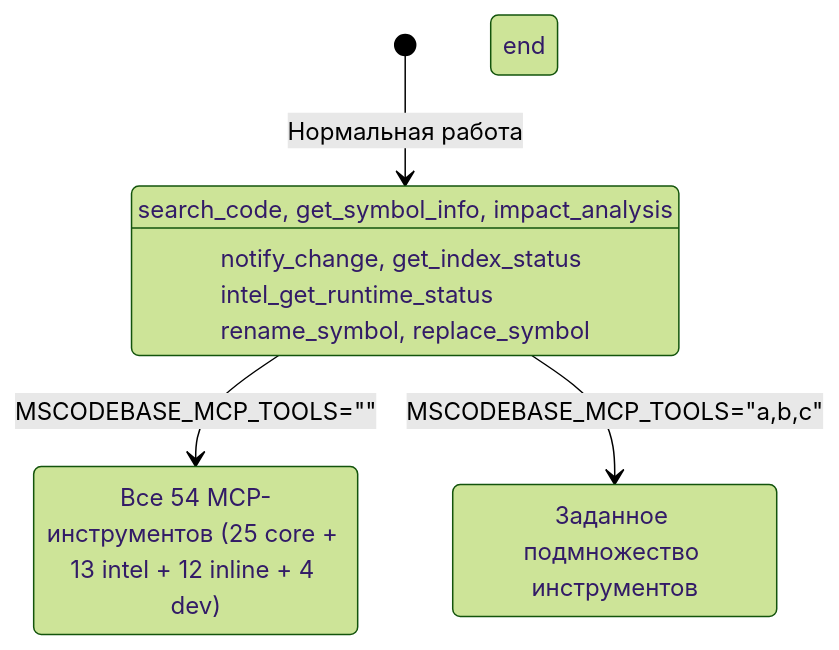
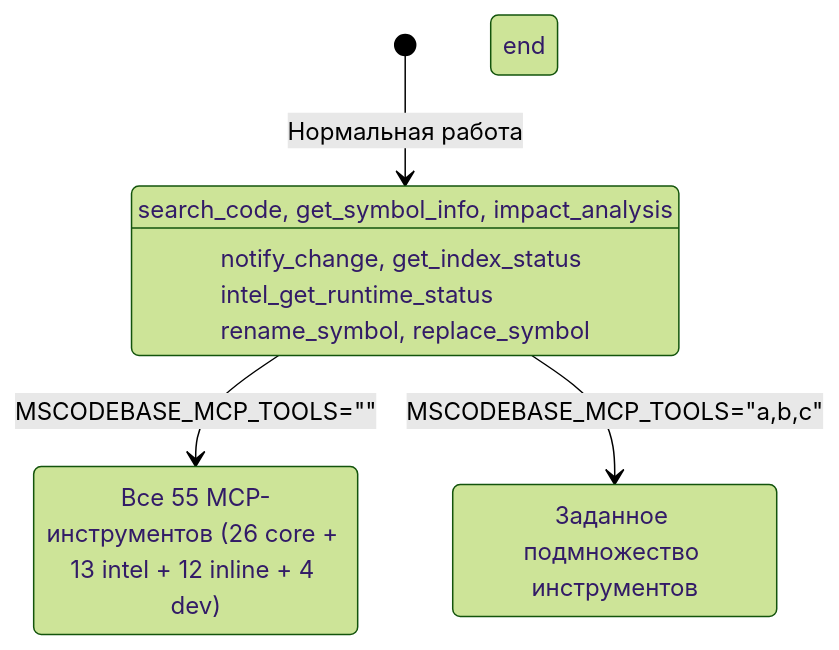
Before and after one commit to ManSio/mscodebase-intelligence: the third of 4 diagrams in docs/ru/GRACEFUL_DEGRADATION.md, drawn with Mermaid (forest theme). The commit also changed 33 other files, not shown here.

````diff
--- a/docs/ru/GRACEFUL_DEGRADATION.md
+++ b/docs/ru/GRACEFUL_DEGRADATION.md
@@ -84,22 +84,22 @@
 ```mermaid
 stateDiagram-v2
     [*] --> DEFAULT_TOOLS: Нормальная работа
 
     state DEFAULT_TOOLS[Видимо: 12 инструментов]
         DEFAULT_TOOLS: search_code, get_symbol_info, impact_analysis
         DEFAULT_TOOLS: notify_change, get_index_status
         DEFAULT_TOOLS: intel_get_runtime_status
         DEFAULT_TOOLS: rename_symbol, replace_symbol
     end
 
     DEFAULT_TOOLS --> ALL_TOOLS: MSCODEBASE_MCP_TOOLS=""
     DEFAULT_TOOLS --> CUSTOM_TOOLS: MSCODEBASE_MCP_TOOLS="a,b,c"
 
-    state ALL_TOOLS[Видимо: 54 инструментов]
-        ALL_TOOLS: Все 54 MCP-инструментов (25 core + 13 intel + 12 inline + 4 dev)
+    state ALL_TOOLS[Видимо: 55 инструментов]
+        ALL_TOOLS: Все 55 MCP-инструментов (26 core + 13 intel + 12 inline + 4 dev)
     end
 
     state CUSTOM_TOOLS[Пользовательский выбор]
         CUSTOM_TOOLS: Заданное подмножество инструментов
     end
 ```
````
